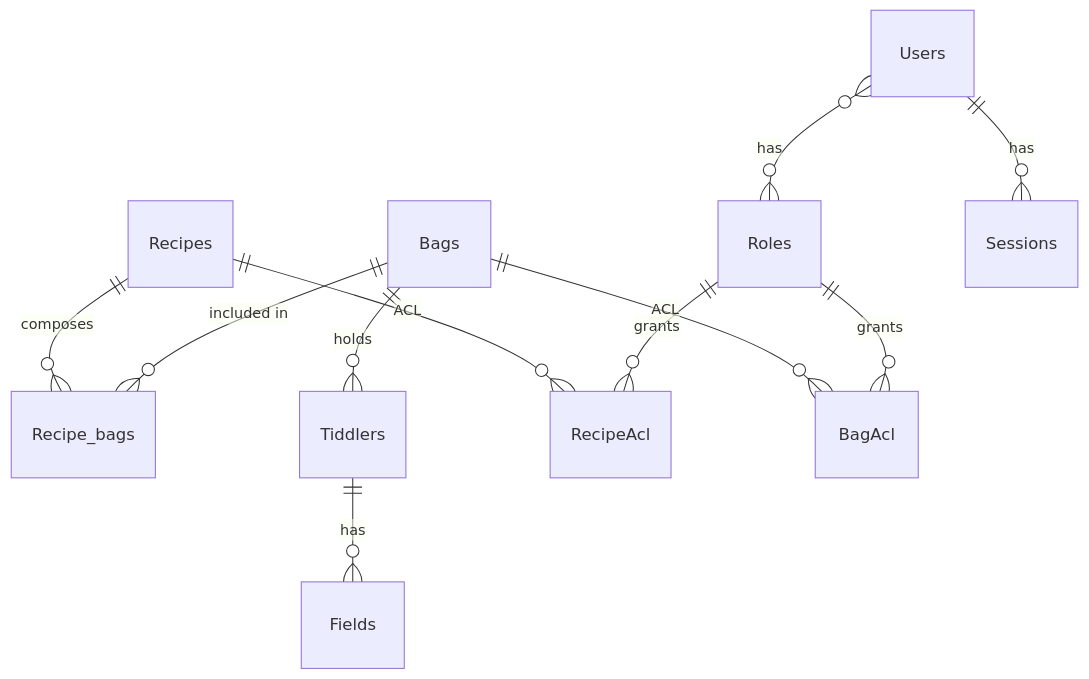
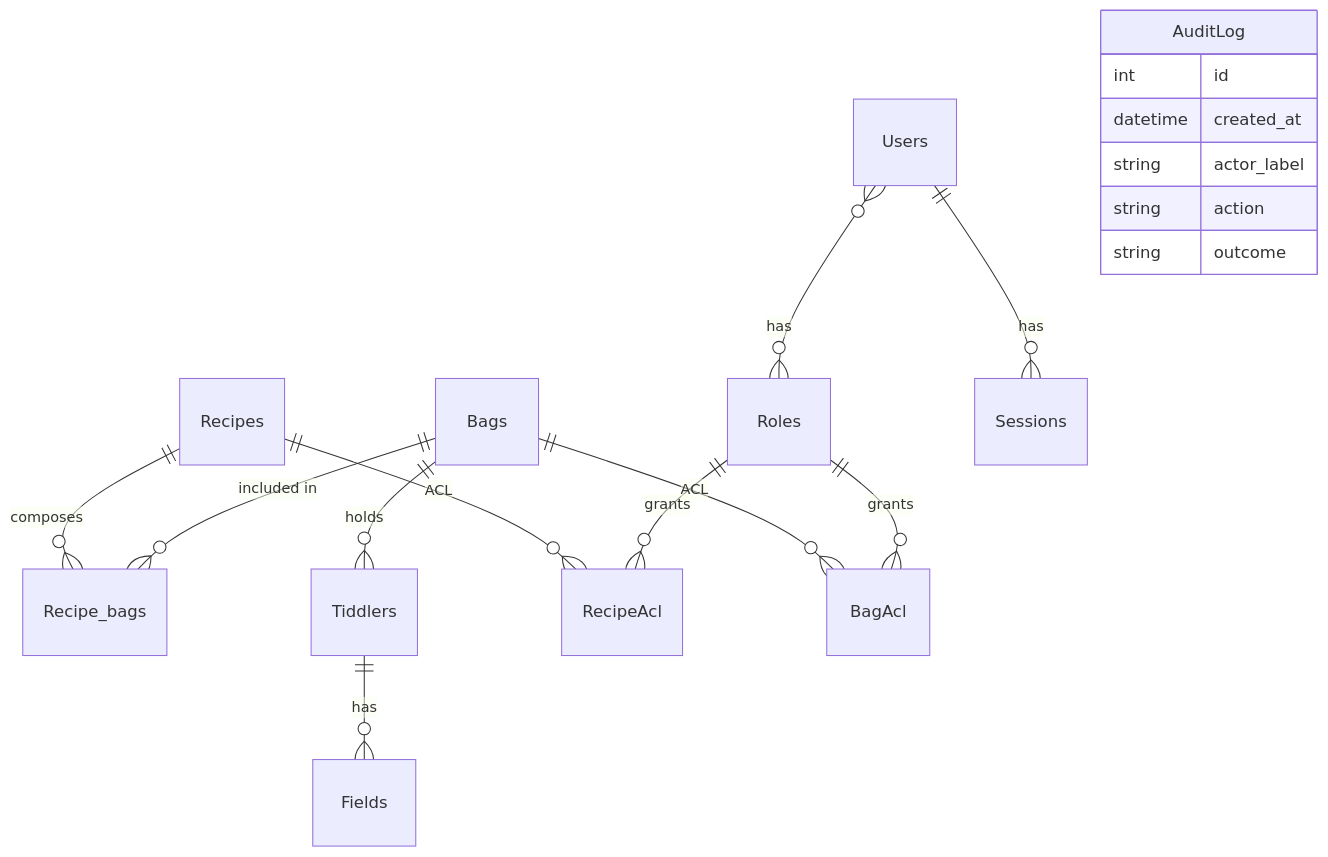
The fourth of 4 diagrams in ARCHITECTURE.md (dxcSithLord/MultiWikiServer), drawn with Mermaid before and after one commit. The commit also changed other lines of this file and 1 other file, not shown here.

First line of the commit message:
docs: correct ARCHITECTURE/README for the access-model + audit/session state

````diff
--- a/ARCHITECTURE.md
+++ b/ARCHITECTURE.md
@@ -167,13 +183,20 @@
 ```mermaid
 erDiagram
   Recipes ||--o{ Recipe_bags : composes
   Bags    ||--o{ Recipe_bags : "included in"
   Bags    ||--o{ Tiddlers : holds
   Tiddlers ||--o{ Fields : has
   Recipes ||--o{ RecipeAcl : "ACL"
   Bags    ||--o{ BagAcl : "ACL"
   Users   }o--o{ Roles : "has"
   Users   ||--o{ Sessions : "has"
   Roles   ||--o{ RecipeAcl : "grants"
   Roles   ||--o{ BagAcl : "grants"
+  AuditLog {
+    int id
+    datetime created_at
+    string actor_label
+    string action
+    string outcome
+  }
 ```
````
